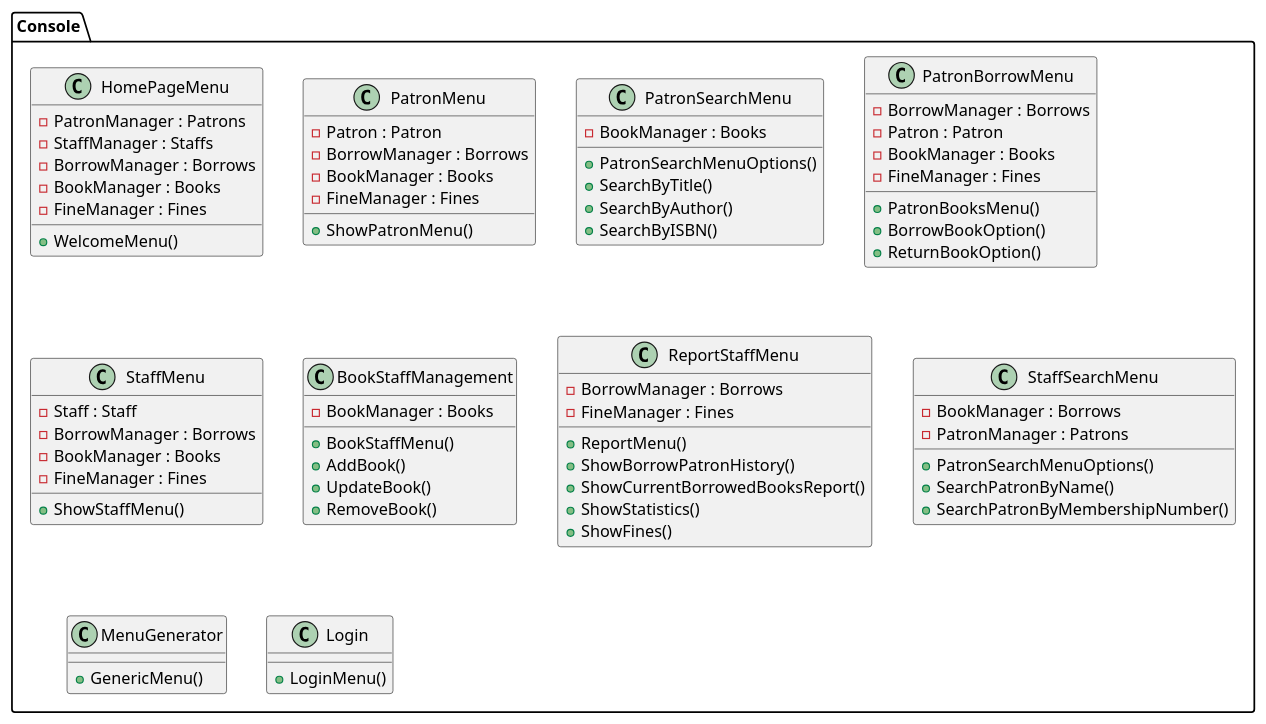
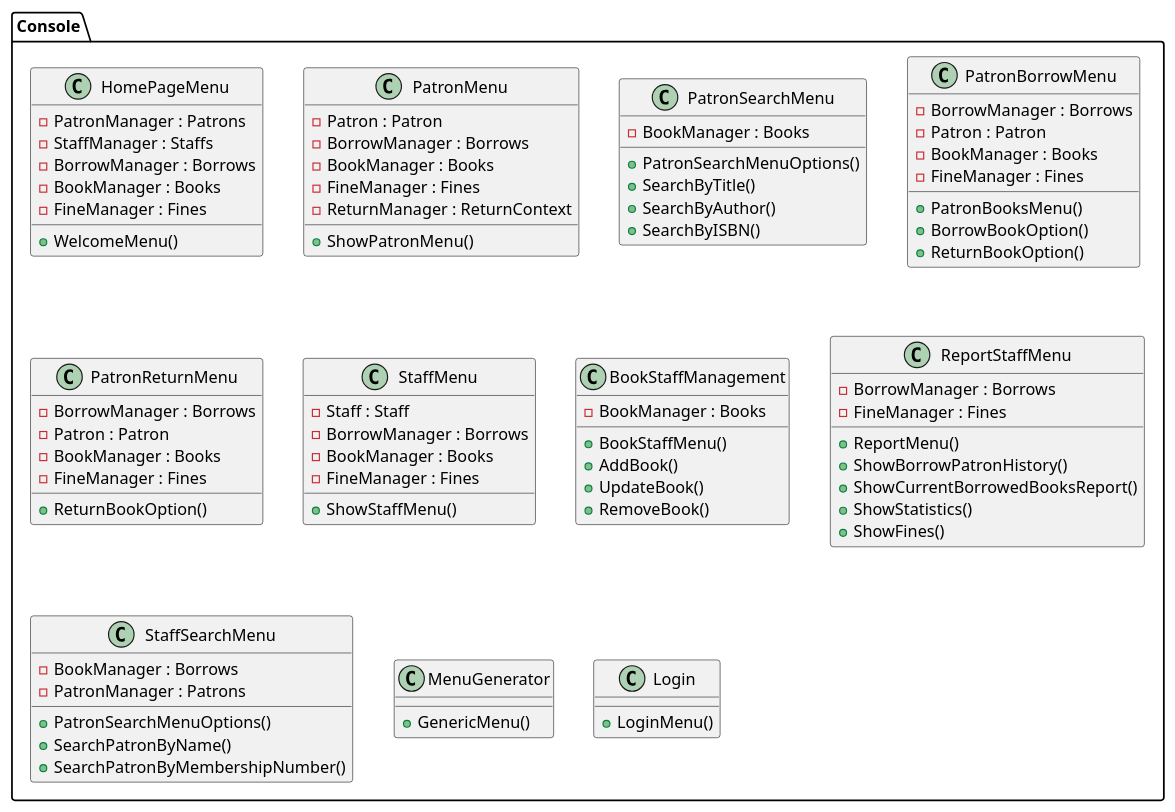
One commit to programacion-6/Opcion1CanelitaTeam changed the diagram in UML-Diagram/UI.puml. Above: the diagram before and after it, drawn with PlantUML. The commit also changed 1 other file, not shown here.

Commit message:
feat: implement missing relationship to PatronMenu

```diff
--- a/UML-Diagram/UI.puml
+++ b/UML-Diagram/UI.puml
@@ -1,84 +1,93 @@
 @startuml UIConsole
 package "Console" {
     
     ' Define main classes
     class HomePageMenu{
         - PatronManager : Patrons
         - StaffManager : Staffs
         - BorrowManager : Borrows
         - BookManager : Books
         - FineManager : Fines
         + WelcomeMenu()  
     }
 
     class PatronMenu{
         - Patron : Patron
         - BorrowManager : Borrows
         - BookManager : Books
         - FineManager : Fines
+        - ReturnManager : ReturnContext
         + ShowPatronMenu()
     }
 
     class PatronSearchMenu{
         - BookManager : Books
         + PatronSearchMenuOptions()
         + SearchByTitle()
         + SearchByAuthor()
         + SearchByISBN()
     }
 
     class PatronBorrowMenu{
         - BorrowManager : Borrows
         - Patron : Patron
         - BookManager : Books
         - FineManager : Fines
         + PatronBooksMenu()
         + BorrowBookOption()
+        + ReturnBookOption()
+    }
+
+    class PatronReturnMenu {
+        - BorrowManager : Borrows
+        - Patron : Patron
+        - BookManager : Books
+        - FineManager : Fines
         + ReturnBookOption()
     }
 
 
     class StaffMenu{
         - Staff : Staff
         - BorrowManager : Borrows
         - BookManager : Books
         - FineManager : Fines
         + ShowStaffMenu()
     }
 
     class BookStaffManagement{
         - BookManager : Books
         + BookStaffMenu()
         + AddBook()
         + UpdateBook()
         + RemoveBook()
     }
 
     class ReportStaffMenu{
         - BorrowManager : Borrows
         - FineManager : Fines
         + ReportMenu()
         + ShowBorrowPatronHistory()
         + ShowCurrentBorrowedBooksReport()
         + ShowStatistics()
         + ShowFines()
     }
 
     class StaffSearchMenu{
         - BookManager : Borrows
         - PatronManager : Patrons
         + PatronSearchMenuOptions()
         + SearchPatronByName()
         + SearchPatronByMembershipNumber()
 
     }
 
     class MenuGenerator{
         + GenericMenu()
     }
 
     class Login{
         + LoginMenu()
     }
 }
 @enduml 
```
